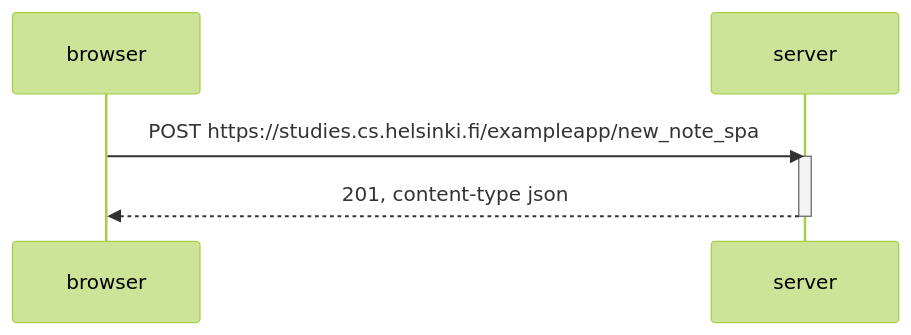
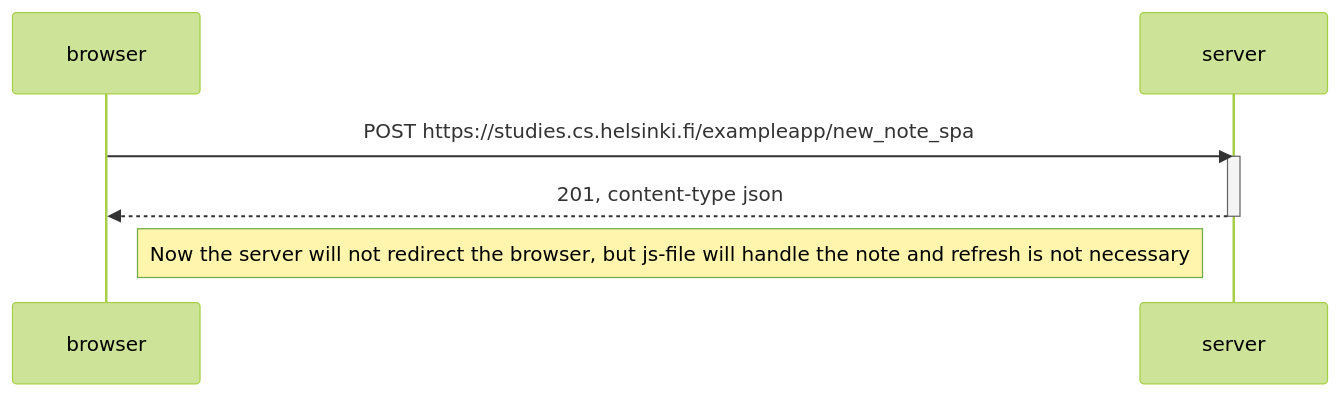
One commit to Iltsukka/FullstackOpen changed the diagram in osa0/0.6.md. Above: the diagram before and after it, drawn with Mermaid (forest theme).

````diff
--- a/osa0/0.6.md
+++ b/osa0/0.6.md
@@ -1,12 +1,13 @@
 ```mermaid
 sequenceDiagram
     participant browser
     participant server
     
     browser->>server: POST https://studies.cs.helsinki.fi/exampleapp/new_note_spa
     activate server
     server-->>browser: 201, content-type json
     deactivate server
     
+    Note right of browser: Now the server will not redirect the browser, but js-file will handle the note and refresh is not necessary
 
 ```
````
